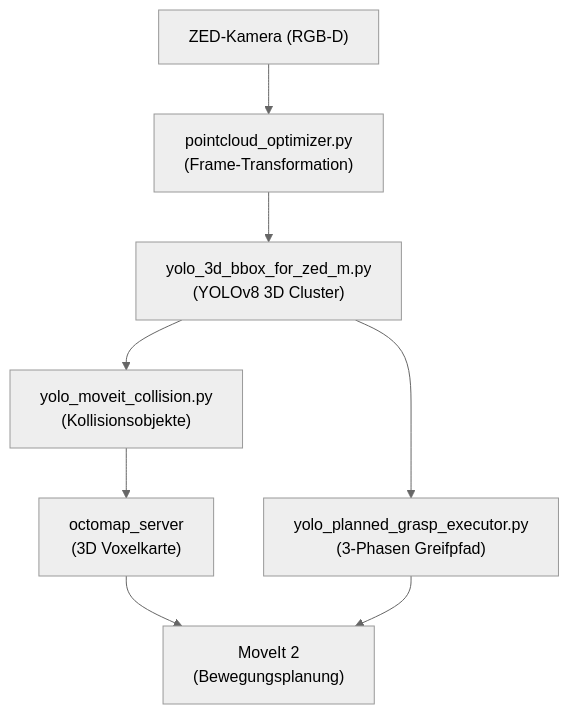
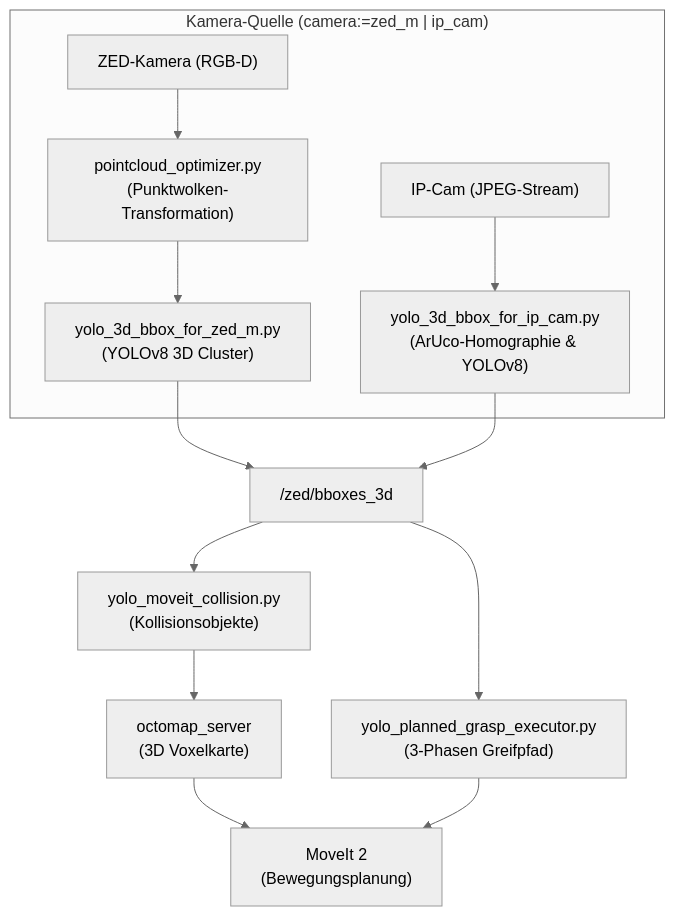
One commit to lu4k87/my_xarm_lite6-extended changed the second of 9 diagrams in readme-de.md. Above: the diagram before and after it, drawn with Mermaid (neutral theme). The commit also changed other lines of this file and 7 other files, not shown here.

Commit message:
feat(vision): unify robot vision cameras bringup with camera toggle & cleanup

````diff
--- a/readme-de.md
+++ b/readme-de.md
@@ -543,10 +543,15 @@
 ```mermaid
 flowchart TD
-    ZED["ZED-Kamera (RGB-D)"] --> PC["pointcloud_optimizer.py<br/>(Frame-Transformation)"]
-    PC --> YOLO["yolo_3d_bbox_for_zed_m.py<br/>(YOLOv8 3D Cluster)"]
-    YOLO --> COLL["yolo_moveit_collision.py<br/>(Kollisionsobjekte)"]
-    YOLO --> GRASP["yolo_planned_grasp_executor.py<br/>(3-Phasen Greifpfad)"]
+    subgraph Cameras ["Kamera-Quelle (camera:=zed_m | ip_cam)"]
+        ZED["ZED-Kamera (RGB-D)"] --> PC["pointcloud_optimizer.py<br/>(Punktwolken-Transformation)"]
+        PC --> YOLO_ZED["yolo_3d_bbox_for_zed_m.py<br/>(YOLOv8 3D Cluster)"]
+        IP["IP-Cam (JPEG-Stream)"] --> YOLO_IP["yolo_3d_bbox_for_ip_cam.py<br/>(ArUco-Homographie & YOLOv8)"]
+    end
+    YOLO_ZED --> BBOX["/zed/bboxes_3d"]
+    YOLO_IP --> BBOX
+    BBOX --> COLL["yolo_moveit_collision.py<br/>(Kollisionsobjekte)"]
+    BBOX --> GRASP["yolo_planned_grasp_executor.py<br/>(3-Phasen Greifpfad)"]
     COLL --> OCTO["octomap_server<br/>(3D Voxelkarte)"]
     OCTO --> MOVEIT["MoveIt 2<br/>(Bewegungsplanung)"]
     GRASP --> MOVEIT
 ```
````
